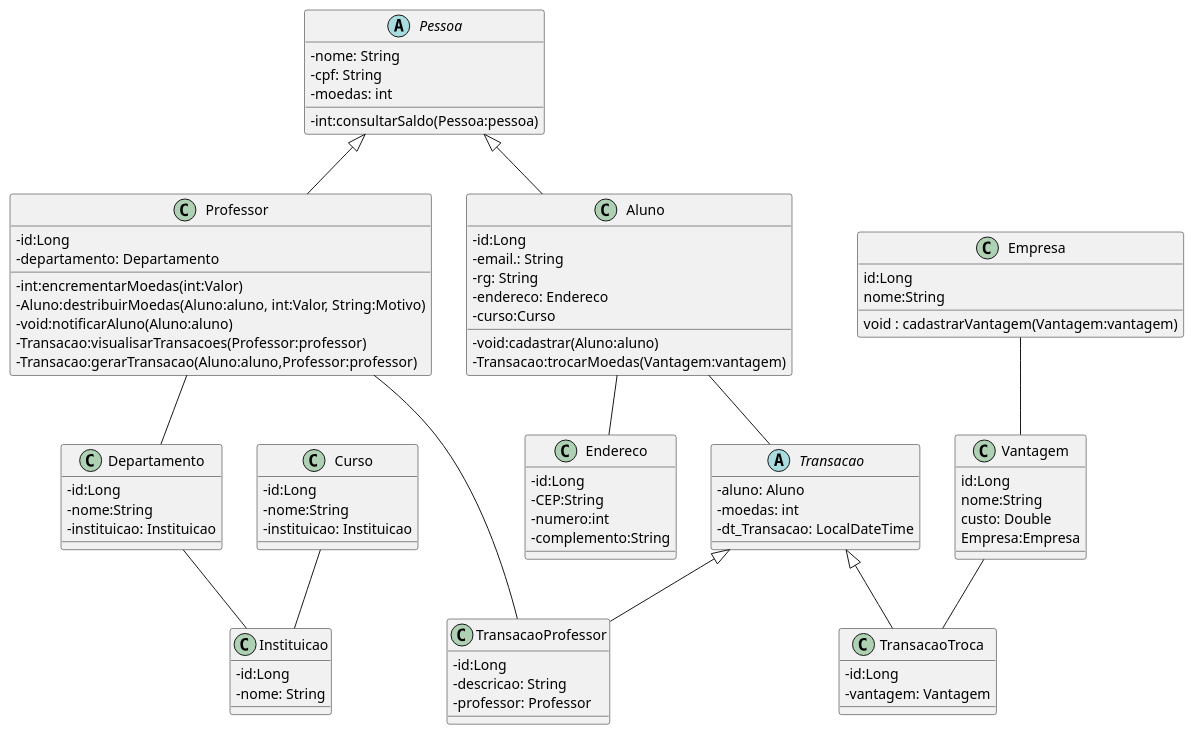
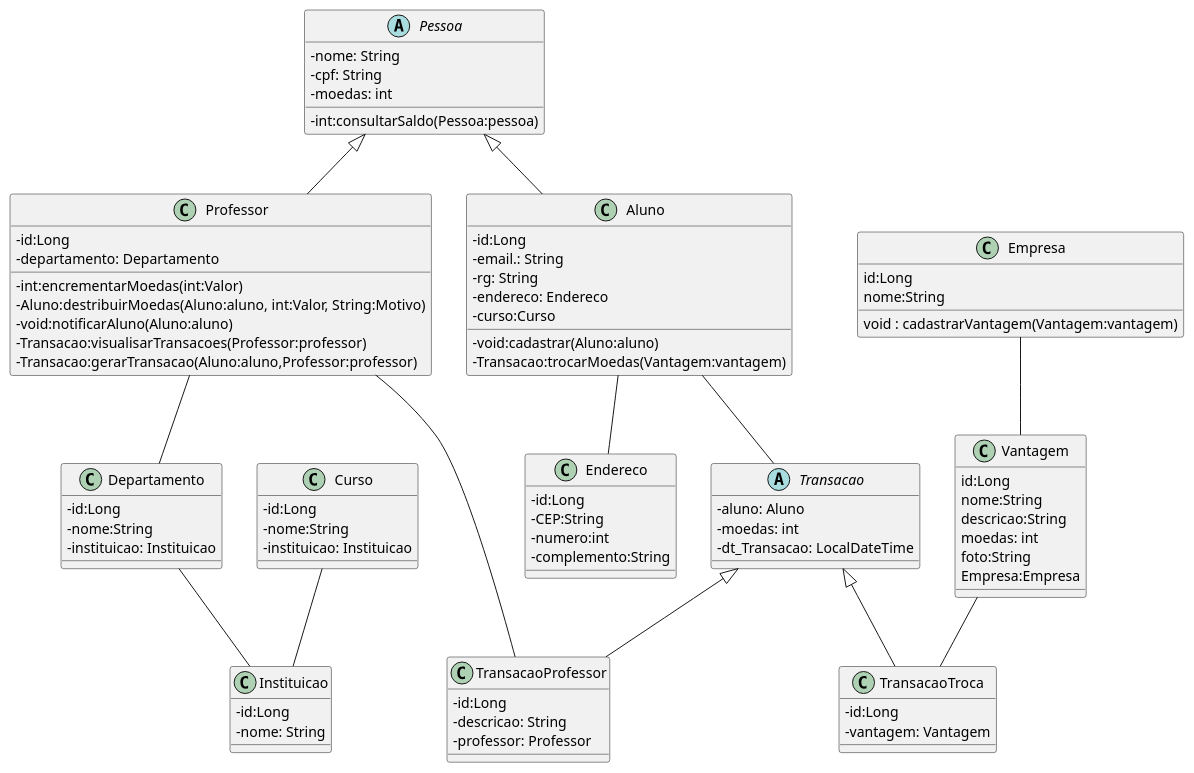
One commit to pedromaximocampos/LAB_03 changed the diagram in projeto/diagramaDeClasses.puml. Above: the diagram before and after it, drawn with PlantUML. The commit also changed 5 other files, not shown here.

```diff
--- a/projeto/diagramaDeClasses.puml
+++ b/projeto/diagramaDeClasses.puml
@@ -1,97 +1,99 @@
     @startuml
 skinparam classAttributeIconSize 0
 
 abstract class Pessoa{
 -nome: String
 -cpf: String
 -moedas: int
 -int:consultarSaldo(Pessoa:pessoa)
 }
 
 class Aluno extends Pessoa{
 -id:Long
 -email.: String
 -rg: String
 -endereco: Endereco
 -curso:Curso
 -void:cadastrar(Aluno:aluno)
 -Transacao:trocarMoedas(Vantagem:vantagem)
 }
 
 class Professor extends Pessoa{
 -id:Long
 -departamento: Departamento
 -int:encrementarMoedas(int:Valor)
 -Aluno:destribuirMoedas(Aluno:aluno, int:Valor, String:Motivo)
 -void:notificarAluno(Aluno:aluno)
 -Transacao:visualisarTransacoes(Professor:professor)
 -Transacao:gerarTransacao(Aluno:aluno,Professor:professor)
 }
 
 class Endereco{
 -id:Long
 -CEP:String
 -numero:int
 -complemento:String
 }
 
 class Instituicao{
 -id:Long
 -nome: String
 }
 
 class Departamento{
 -id:Long
 -nome:String
 -instituicao: Instituicao
 }
 
 class Curso{
 -id:Long
 -nome:String
 -instituicao: Instituicao
 }
 
 class TransacaoProfessor extends Transacao{
 -id:Long
 -descricao: String
 -professor: Professor
 }
 
 class TransacaoTroca extends Transacao{
 -id:Long
 -vantagem: Vantagem
 }
 
 abstract class Transacao{
 -aluno: Aluno
 -moedas: int
 -dt_Transacao: LocalDateTime
 }
 
 class Vantagem{
 id:Long
 nome:String
-custo: Double
+descricao:String
+moedas: int
+foto:String
 Empresa:Empresa
 }
 
 class Empresa{
 id:Long
 nome:String
 void : cadastrarVantagem(Vantagem:vantagem)
 }
 
 
 Aluno -- Transacao
 Aluno -- Endereco
 Empresa -- Vantagem
 Professor -- Departamento
 Professor -- TransacaoProfessor
 Departamento -- Instituicao
 Curso -- Instituicao
 Vantagem -- TransacaoTroca
 
 
 
 @enduml
```
